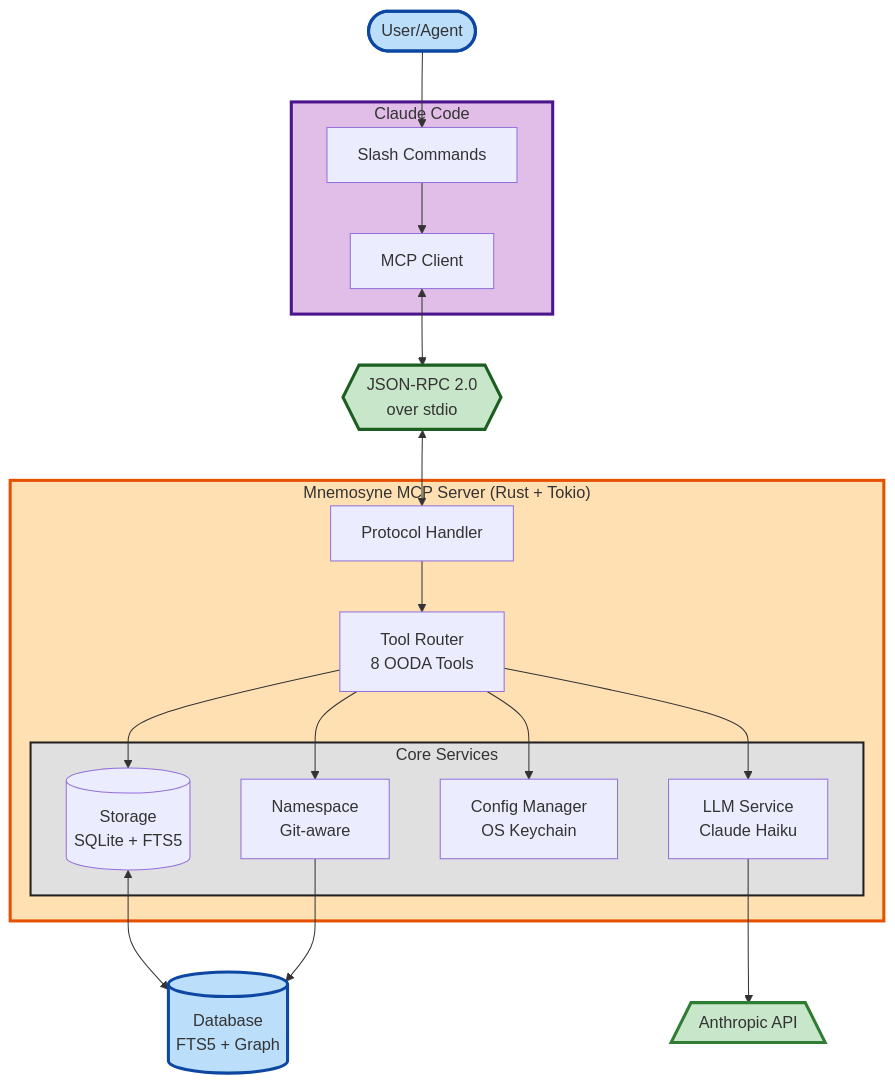
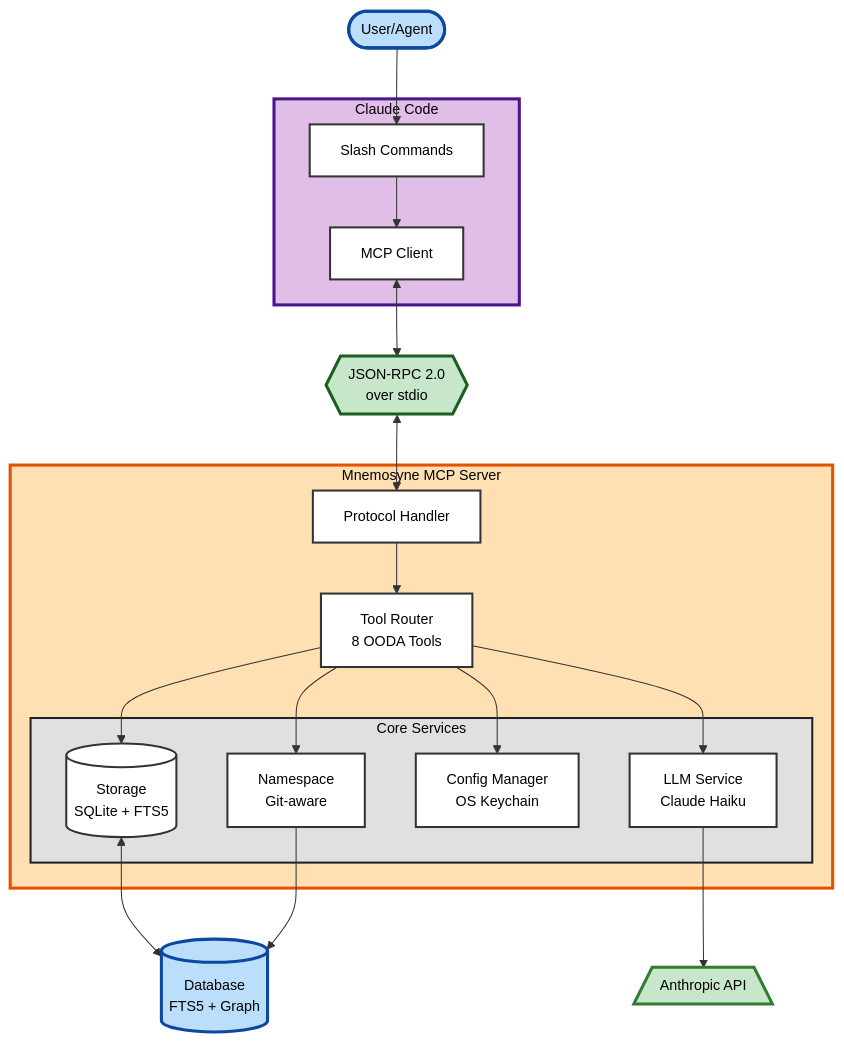
The diagram in MCP_SERVER.md (rand/mnemosyne), drawn with Mermaid before and after one commit. The commit also changed 2 other files, not shown here.

Commit message:
Fix all diagram contrast and label issues
Three critical improvements:

1. Text contrast: Force black text (#000) on all light backgrounds
   - Add Mermaid theme init with primaryTextColor:#000
   - Set color:#000 on subgraphs and individual nodes
   - All nodes use white fill with black text for consistency

2. Line contrast: Increase visibility of all connections
   - Set lineColor:#333 (dark gray) in theme
   - Set primaryBorderColor:#333 for node borders
   - 2-3px stroke widths for clear delineation

3. Label completeness: Fix cut-off text
   - Shorten 'Mnemosyne Server (Rust + Tokio)' to 'Mnemosyne Server'
   - Prevents label truncation in rendered diagrams
   - Tech stack info preserved in surrounding prose

All three files (README, ARCHITECTURE, MCP_SERVER) now have:
- WCAG AAA compliant text contrast
- High-visibility connection lines
- Complete, readable labels

````diff
--- a/MCP_SERVER.md
+++ b/MCP_SERVER.md
@@ -399,49 +399,59 @@
 ```mermaid
+%%{init: {'theme':'base', 'themeVariables': {'primaryTextColor':'#000', 'primaryBorderColor':'#333', 'lineColor':'#333', 'fontSize':'14px'}}}%%
 flowchart TD
     User([User/Agent])
 
     subgraph Claude["Claude Code"]
         UI[Slash Commands]
         Client[MCP Client]
     end
 
     Protocol{{JSON-RPC 2.0<br/>over stdio}}
 
-    subgraph Server["Mnemosyne MCP Server (Rust + Tokio)"]
+    subgraph Server["Mnemosyne MCP Server"]
         Handler[Protocol Handler]
         Router[Tool Router<br/>8 OODA Tools]
 
         subgraph Services["Core Services"]
             Storage[(Storage<br/>SQLite + FTS5)]
             LLM[LLM Service<br/>Claude Haiku]
             Config[Config Manager<br/>OS Keychain]
             NS[Namespace<br/>Git-aware]
         end
     end
 
     API[/Anthropic API\]
     DB[(Database<br/>FTS5 + Graph)]
 
     User --> UI
     UI --> Client
     Client <--> Protocol
     Protocol <--> Handler
     Handler --> Router
 
     Router --> Storage
     Router --> LLM
     Router --> Config
     Router --> NS
 
     Storage <--> DB
     LLM --> API
     NS --> DB
 
-    style User fill:#bbdefb,stroke:#0d47a1,stroke-width:3px
-    style Claude fill:#e1bee7,stroke:#4a148c,stroke-width:3px
-    style Server fill:#ffe0b2,stroke:#e65100,stroke-width:3px
-    style Services fill:#e0e0e0,stroke:#212121,stroke-width:2px
-    style Protocol fill:#c8e6c9,stroke:#1b5e20,stroke-width:3px
-    style API fill:#c8e6c9,stroke:#2e7d32,stroke-width:3px
-    style DB fill:#bbdefb,stroke:#0d47a1,stroke-width:3px
+    style User fill:#bbdefb,stroke:#0d47a1,stroke-width:3px,color:#000
+    style Claude fill:#e1bee7,stroke:#4a148c,stroke-width:3px,color:#000
+    style Server fill:#ffe0b2,stroke:#e65100,stroke-width:3px,color:#000
+    style Services fill:#e0e0e0,stroke:#212121,stroke-width:2px,color:#000
+    style Protocol fill:#c8e6c9,stroke:#1b5e20,stroke-width:3px,color:#000
+    style API fill:#c8e6c9,stroke:#2e7d32,stroke-width:3px,color:#000
+    style DB fill:#bbdefb,stroke:#0d47a1,stroke-width:3px,color:#000
+
+    style UI fill:#fff,color:#000,stroke:#333,stroke-width:2px
+    style Client fill:#fff,color:#000,stroke:#333,stroke-width:2px
+    style Handler fill:#fff,color:#000,stroke:#333,stroke-width:2px
+    style Router fill:#fff,color:#000,stroke:#333,stroke-width:2px
+    style Storage fill:#fff,color:#000,stroke:#333,stroke-width:2px
+    style LLM fill:#fff,color:#000,stroke:#333,stroke-width:2px
+    style Config fill:#fff,color:#000,stroke:#333,stroke-width:2px
+    style NS fill:#fff,color:#000,stroke:#333,stroke-width:2px
 ```
````
